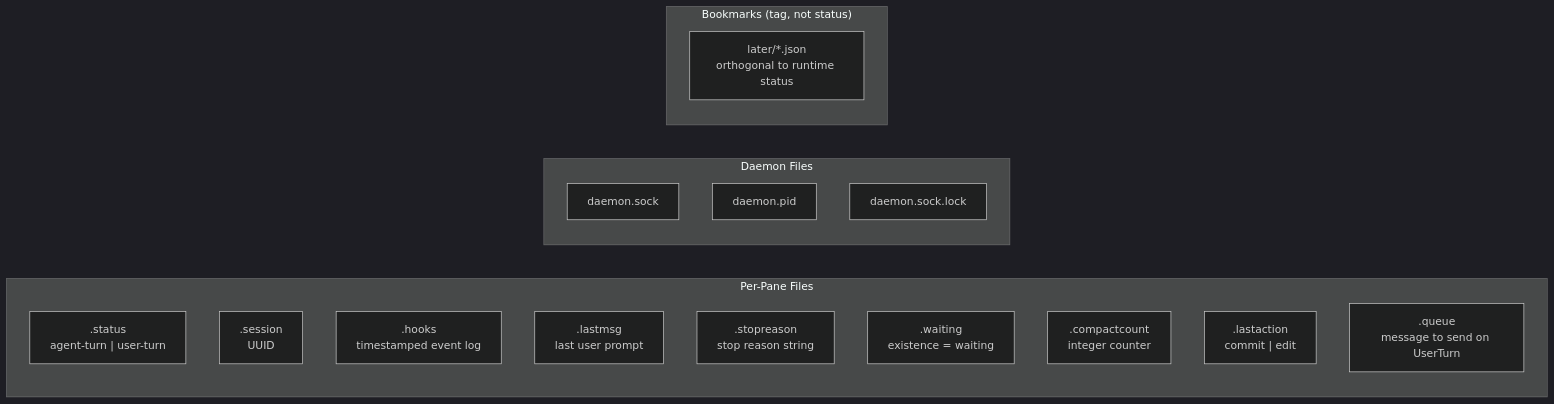
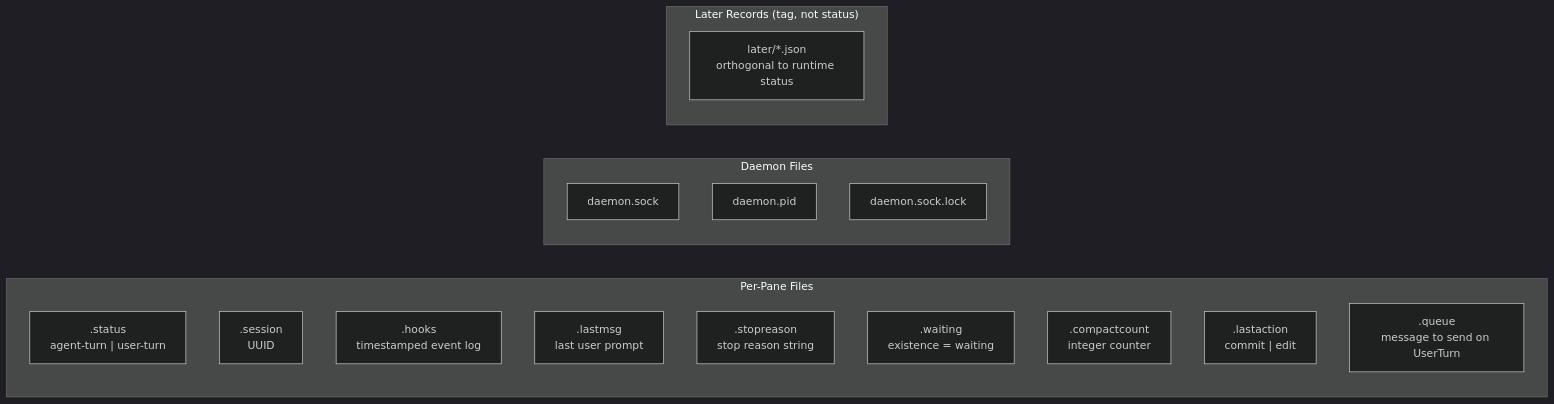
Before and after one commit to huylenq/spirit: diagram 12 of 15 in docs/hooks.md, drawn with Mermaid (dark theme). The commit also changed other lines of this file and 30 other files, not shown here.

````diff
--- a/docs/hooks.md
+++ b/docs/hooks.md
@@ -434,24 +434,24 @@
 ```mermaid
 graph LR
     subgraph "Per-Pane Files"
         status[".status<br/>agent-turn | user-turn"]
         session[".session<br/>UUID"]
         hooks[".hooks<br/>timestamped event log"]
         lastmsg[".lastmsg<br/>last user prompt"]
         stopreason[".stopreason<br/>stop reason string"]
         waiting[".waiting<br/>existence = waiting"]
         compactcount[".compactcount<br/>integer counter"]
         lastaction[".lastaction<br/>commit | edit"]
         queue[".queue<br/>message to send on UserTurn"]
     end
 
     subgraph "Daemon Files"
         sock["daemon.sock"]
         pid["daemon.pid"]
         lock["daemon.sock.lock"]
     end
 
-    subgraph "Bookmarks (tag, not status)"
+    subgraph "Later Records (tag, not status)"
         later["later/*.json<br/>orthogonal to runtime status"]
     end
 ```
````
